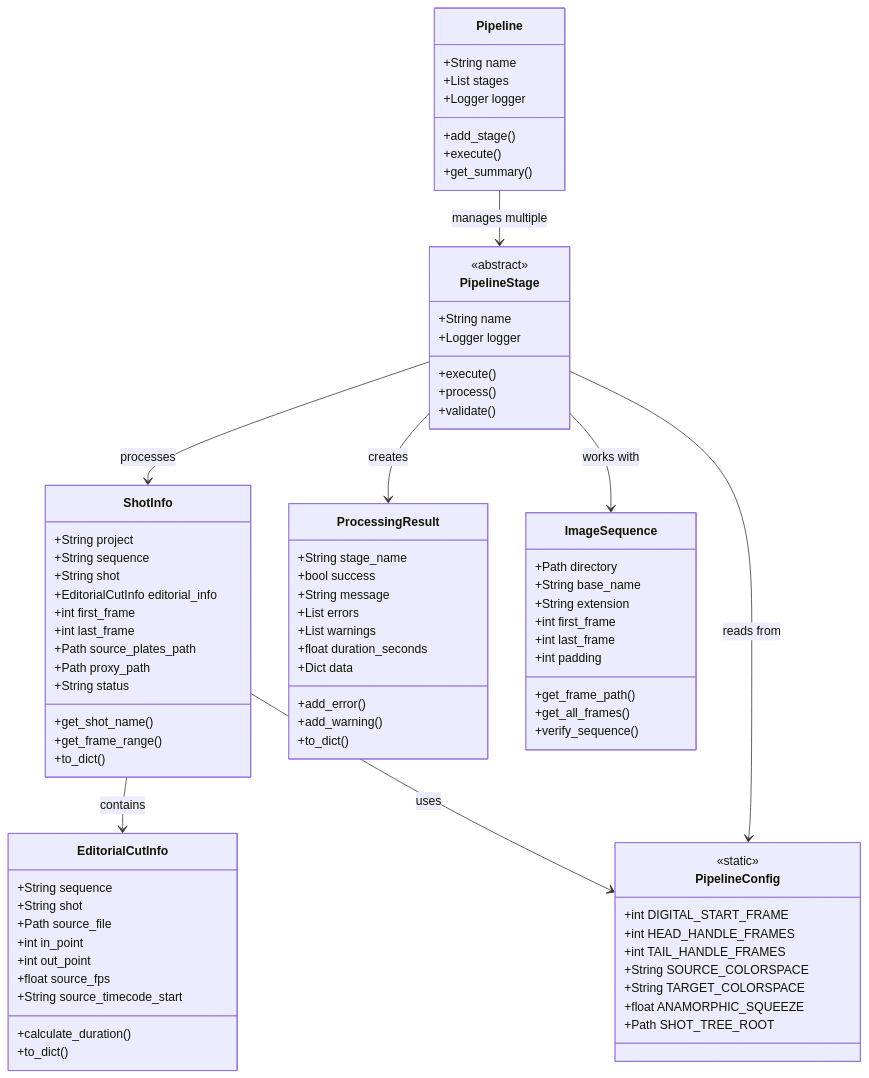
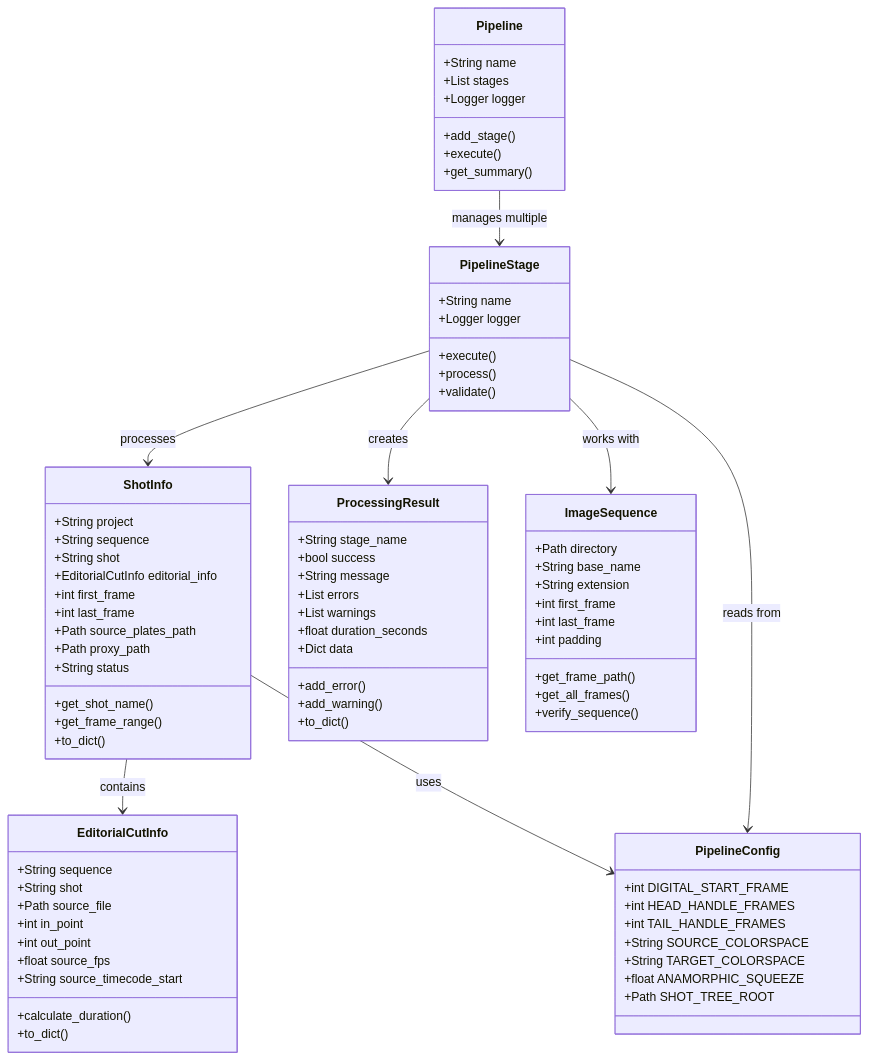
The sixth of 9 diagrams in FLOWCHARTS.md (thomashollier/ded-pipe), drawn with Mermaid before and after one commit. The commit also changed other lines of this file, not shown here.

```diff
--- a/FLOWCHARTS.md
+++ b/FLOWCHARTS.md
@@ -371,7 +374,6 @@
     }
     
     class PipelineConfig {
-        <<static>>
         +int DIGITAL_START_FRAME
         +int HEAD_HANDLE_FRAMES
         +int TAIL_HANDLE_FRAMES
@@ -391,7 +393,6 @@
     }
     
     class PipelineStage {
-        <<abstract>>
         +String name
         +Logger logger
         +execute()
```
